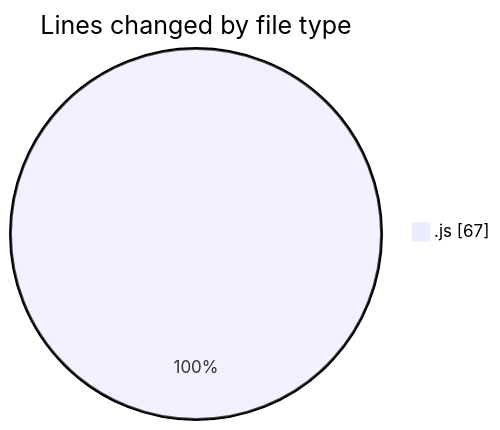
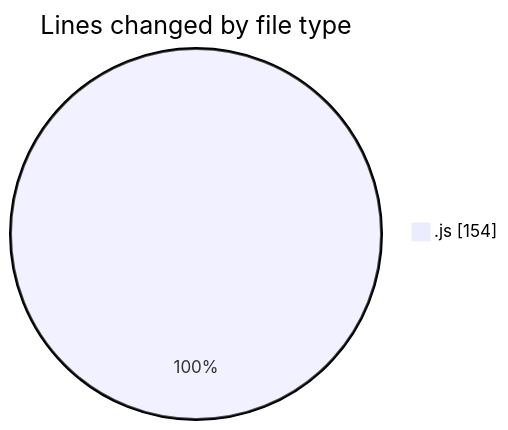
The first of 2 diagrams in 2025-08-09/javascript/README.md (Ritupan-Deka/code-tracking), drawn with Mermaid before and after one commit. The commit also changed other lines of this file and 1 other file, not shown here.

````diff
--- a/2025-08-09/javascript/README.md
+++ b/2025-08-09/javascript/README.md
@@ -20,5 +20,5 @@
 ```mermaid
 pie showData
 title Lines changed by file type
-".js" : 67
+".js" : 154
 ```
````
